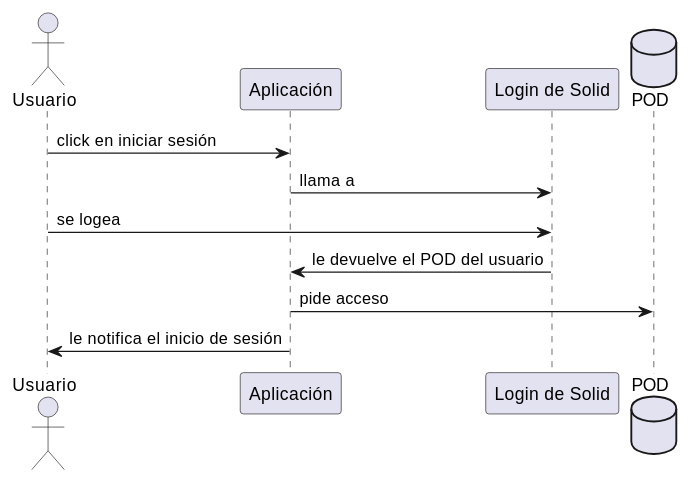
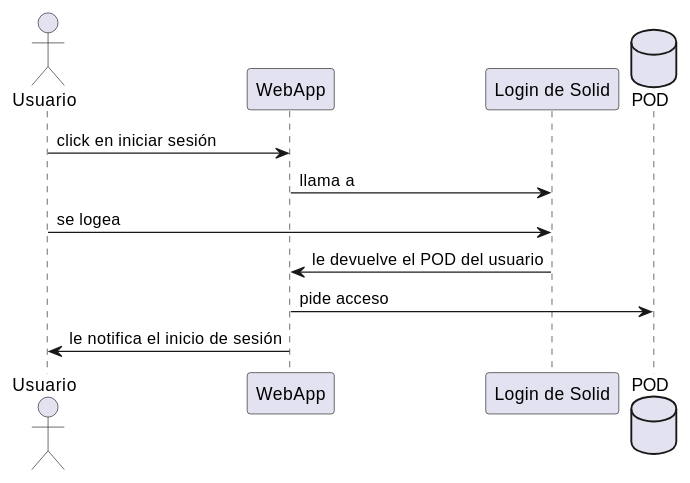
Before and after one commit to Arquisoft/dede_es5c: the first of 2 diagrams in docs/06_runtime_view.adoc, drawn with PlantUML. The commit also changed other lines of this file, not shown here.

Commit message:
Mejora diagramas punto 6

```diff
--- a/docs/06_runtime_view.adoc
+++ b/docs/06_runtime_view.adoc
@@ -9,13 +9,13 @@
 [plantuml,"Sequence diagram 1",png]
 ----
 actor Usuario
-participant Aplicación
+participant WebApp
 participant "Login de Solid" as Login
 database POD
-Usuario -> Aplicación: click en iniciar sesión
-Aplicación -> Login: llama a
+Usuario -> WebApp: click en iniciar sesión
+WebApp -> Login: llama a
 Usuario -> Login: se logea
-Login -> Aplicación: le devuelve el POD del usuario
-Aplicación -> POD: pide acceso
-Aplicación -> Usuario: le notifica el inicio de sesión
+Login -> WebApp: le devuelve el POD del usuario
+WebApp -> POD: pide acceso
+WebApp -> Usuario: le notifica el inicio de sesión
 ----
```
